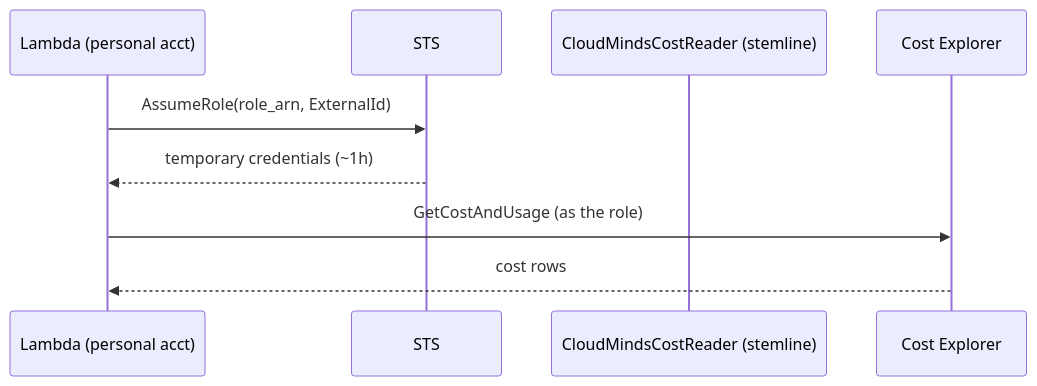
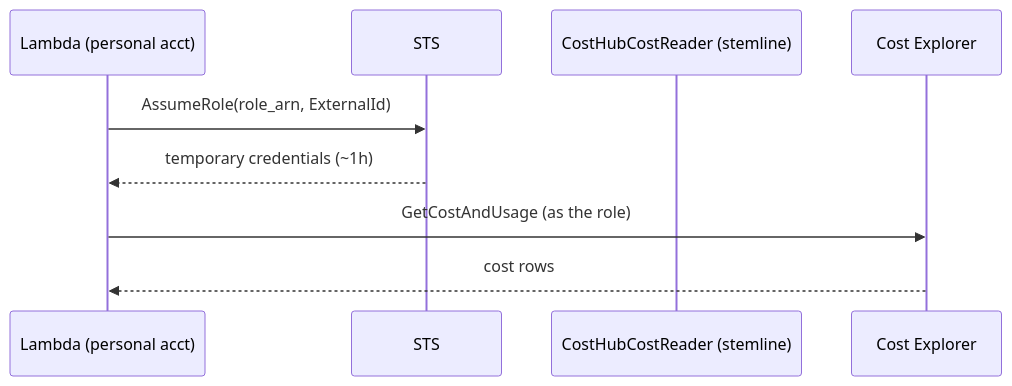
Before and after one commit to Hemanth0411/Cloud_Cost_Intelligence_Hub: the second of 2 diagrams in docs/07-security-rbac.md, drawn with Mermaid. The commit also changed other lines of this file and 29 other files, not shown here.

First line of the commit message:
Rename: product is Cloud Cost Intelligence Hub, package is costhub

````diff
--- a/docs/07-security-rbac.md
+++ b/docs/07-security-rbac.md
@@ -177,12 +177,12 @@
 ```mermaid
 sequenceDiagram
     participant L as Lambda (personal acct)
     participant S as STS
-    participant R as CloudMindsCostReader (stemline)
+    participant R as CostHubCostReader (stemline)
     participant CE as Cost Explorer
 
     L->>S: AssumeRole(role_arn, ExternalId)
     S-->>L: temporary credentials (~1h)
     L->>CE: GetCostAndUsage (as the role)
     CE-->>L: cost rows
 ```
````
